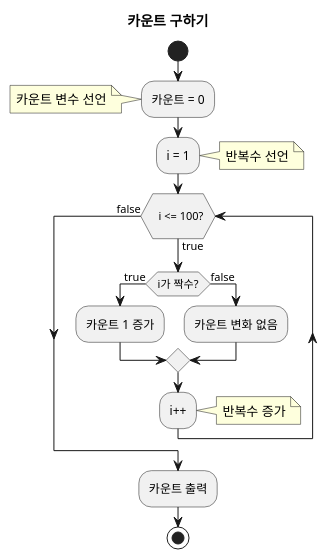
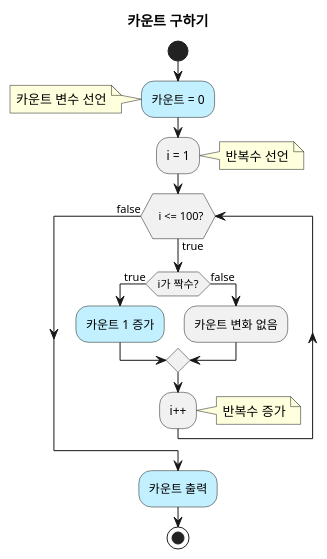
Before and after one commit to hiphop5782/all-in-one-java-resources: the diagram in puml/loop-count-01.puml, drawn with PlantUML. The commit also changed 1 other file, not shown here.

```diff
--- a/puml/loop-count-01.puml
+++ b/puml/loop-count-01.puml
@@ -1,28 +1,28 @@
 @startuml
 
 title 카운트 구하기
 
 
 start
 
-:카운트 = 0;
+#application:카운트 = 0;
 note left: 카운트 변수 선언
 
 :i = 1;
 note right: 반복수 선언
 
 while (\n  i <= 100?\n)  is (true)
   if (i가 짝수?) then (true)
-    :카운트 1 증가;
+    #application:카운트 1 증가;
   else (false)
     :카운트 변화 없음;
   endif
   :i++;
   note right: 반복수 증가
 endwhile (false)
 
-:카운트 출력;
+#application:카운트 출력;
 
 stop
 
 @enduml
```
